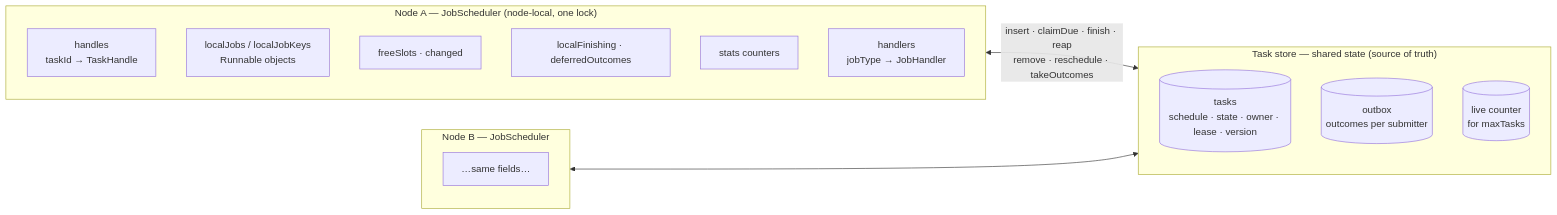
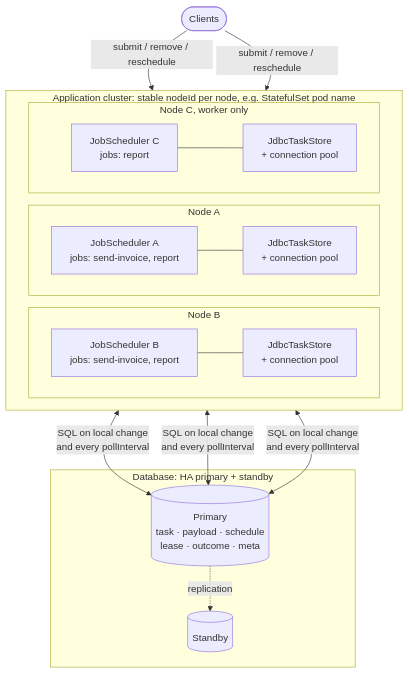
Before and after one commit to deyindra/System_Design: the third of 9 diagrams in scheduler/README.md, drawn with Mermaid. The commit also changed other lines of this file and 4 other files, not shown here.

````diff
--- a/scheduler/README.md
+++ b/scheduler/README.md
@@ -176,23 +226,29 @@
 ```mermaid
-flowchart LR
-    subgraph N1["Node A — JobScheduler (node-local, one lock)"]
-        direction TB
-        H1["handles<br/>taskId → TaskHandle"]
-        L1["localJobs / localJobKeys<br/>Runnable objects"]
-        F1["freeSlots · changed"]
-        R1["localFinishing · deferredOutcomes"]
-        C1["stats counters"]
-        J1["handlers<br/>jobType → JobHandler"]
+flowchart TB
+    CL(["Clients"])
+    subgraph APPS["Application cluster: stable nodeId per node, e.g. StatefulSet pod name"]
+        direction LR
+        subgraph A["Node A"]
+            AS["JobScheduler A<br/>jobs: send-invoice, report"]
+            AP["JdbcTaskStore<br/>+ connection pool"]
+            AS --- AP
+        end
+        subgraph B["Node B"]
+            BS["JobScheduler B<br/>jobs: send-invoice, report"]
+            BP["JdbcTaskStore<br/>+ connection pool"]
+            BS --- BP
+        end
+        subgraph C["Node C, worker only"]
+            CS["JobScheduler C<br/>jobs: report"]
+            CP["JdbcTaskStore<br/>+ connection pool"]
+            CS --- CP
+        end
     end
-    subgraph N2["Node B — JobScheduler"]
-        H2["…same fields…"]
+    subgraph DB["Database: HA primary + standby"]
+        PRI[("Primary<br/>task · payload · schedule<br/>lease · outcome · meta")]
+        STB[("Standby")]
+        PRI -. replication .-> STB
     end
-    subgraph SH["Task store — shared state (source of truth)"]
-        direction TB
-        T[("tasks<br/>schedule · state · owner · lease · version")]
-        O[("outbox<br/>outcomes per submitter")]
-        K[("live counter<br/>for maxTasks")]
-    end
-    N1 <-->|"insert · claimDue · finish · reap<br/>remove · reschedule · takeOutcomes"| SH
-    N2 <--> SH
+    CL -->|submit / remove / reschedule| AS & BS
+    AP & BP & CP <-->|"SQL on local change<br/>and every pollInterval"| PRI
 ```
````
